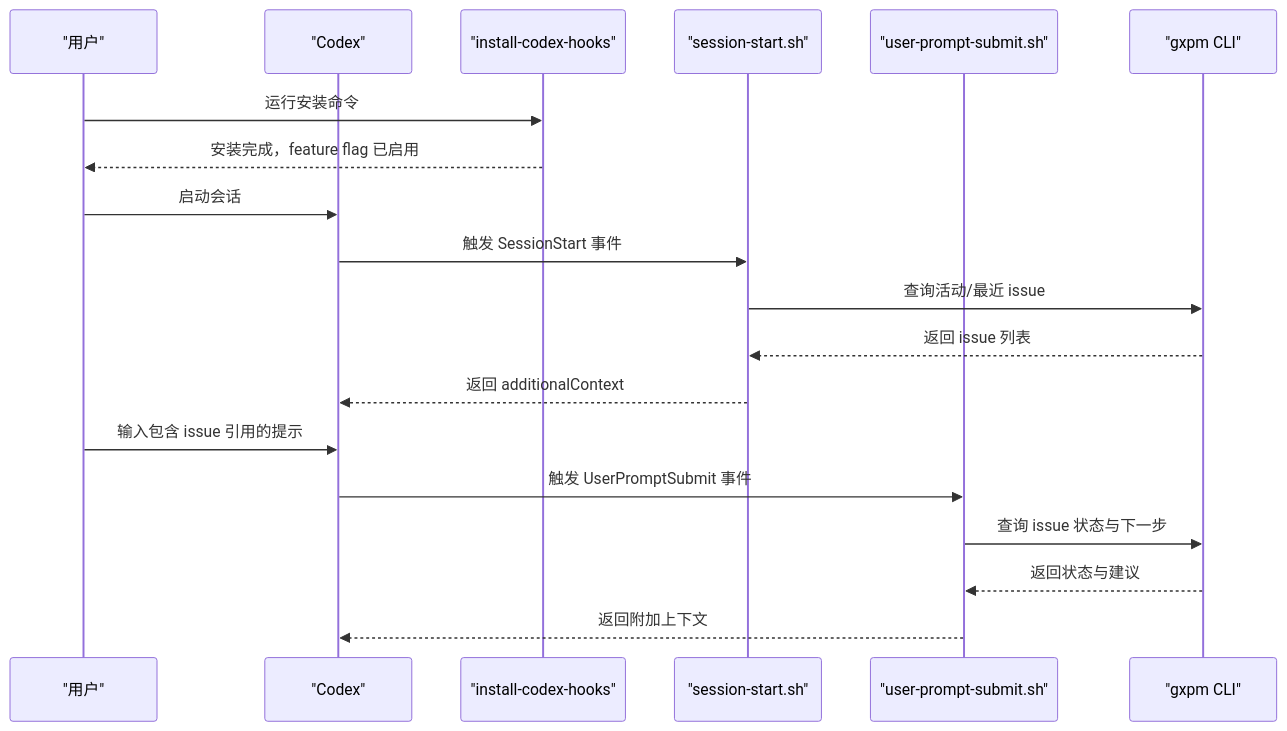
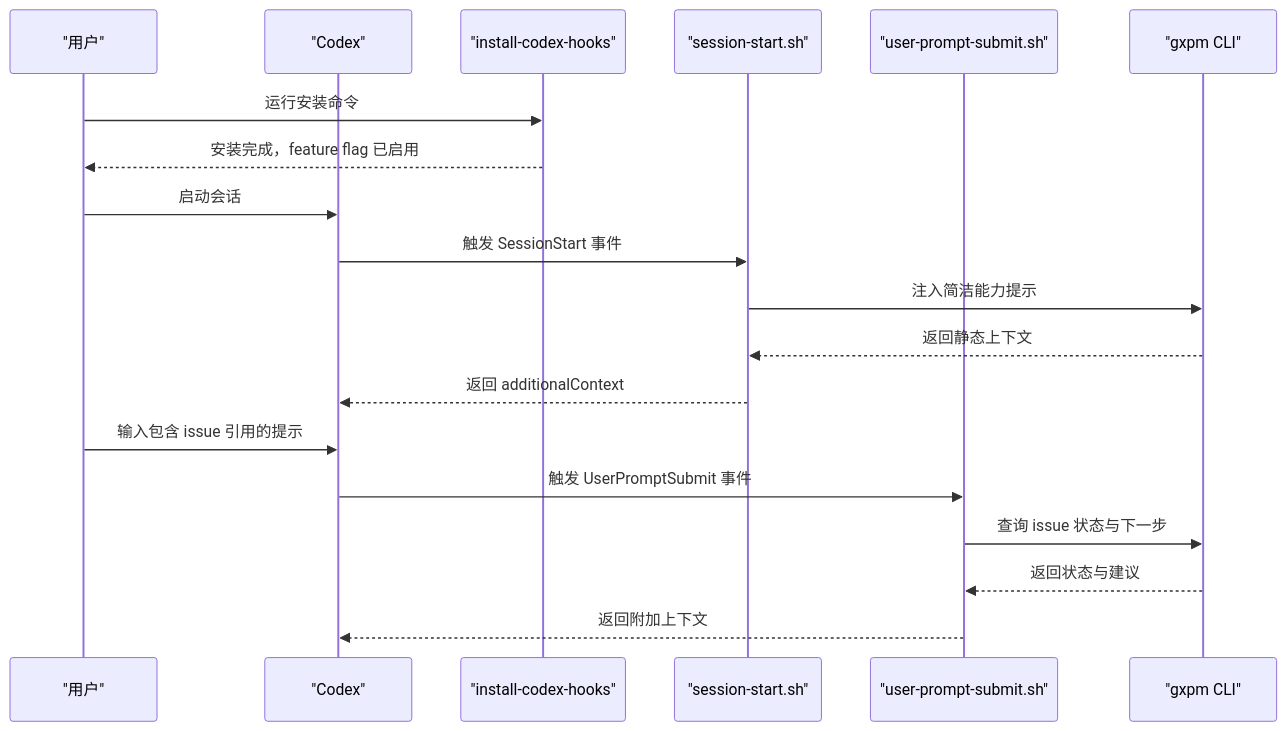
The second of 7 diagrams in .qoder/repowiki/zh/content/Git hooks 集成/Codex 钩子集成.md (laozhong86/gxpm), drawn with Mermaid before and after one commit. The commit also changed other lines of this file and 8 other files, not shown here.

````diff
--- a/.qoder/repowiki/zh/content/Git hooks 集成/Codex 钩子集成.md
+++ b/.qoder/repowiki/zh/content/Git hooks 集成/Codex 钩子集成.md
@@ -117,21 +124,21 @@
 ```mermaid
 sequenceDiagram
 participant U as "用户"
 participant C as "Codex"
 participant I as "install-codex-hooks"
 participant S as "session-start.sh"
 participant P as "user-prompt-submit.sh"
 participant G as "gxpm CLI"
 U->>I : 运行安装命令
 I-->>U : 安装完成，feature flag 已启用
 U->>C : 启动会话
 C->>S : 触发 SessionStart 事件
-S->>G : 查询活动/最近 issue
-G-->>S : 返回 issue 列表
+S->>G : 注入简洁能力提示
+G-->>S : 返回静态上下文
 S-->>C : 返回 additionalContext
 U->>C : 输入包含 issue 引用的提示
 C->>P : 触发 UserPromptSubmit 事件
 P->>G : 查询 issue 状态与下一步
 G-->>P : 返回状态与建议
 P-->>C : 返回附加上下文
 ```
````
